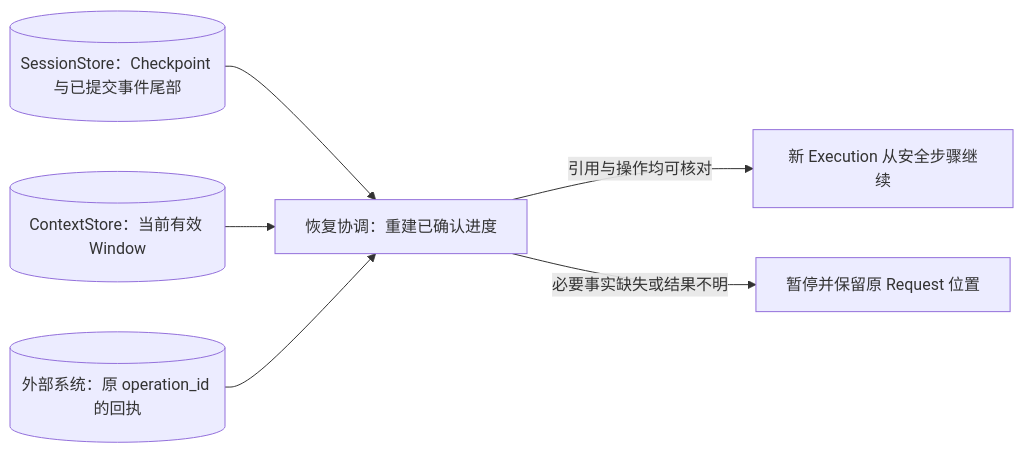
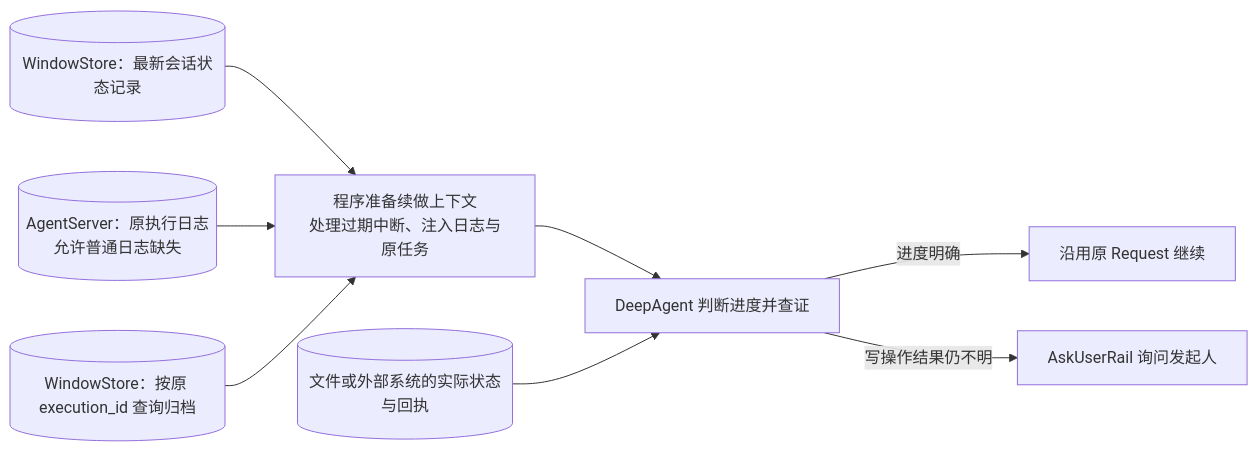
Before and after one commit to openJiuwen-ai/agent-core: the third of 3 diagrams in openjiuwen/harness/persistent_agent/docs/designs/persistent-agent-overview.md, drawn with Mermaid. The commit also changed other lines of this file and 26 other files, not shown here.

````diff
--- a/openjiuwen/harness/persistent_agent/docs/designs/persistent-agent-overview.md
+++ b/openjiuwen/harness/persistent_agent/docs/designs/persistent-agent-overview.md
@@ -155,8 +186,10 @@
 ```mermaid
 flowchart LR
-    S[(SessionStore：Checkpoint 与已提交事件尾部)] --> R["恢复协调：重建已确认进度"]
-    W[(ContextStore：当前有效 Window)] --> R
-    O[(外部系统：原 operation_id 的回执)] --> R
-    R -->|引用与操作均可核对| C["新 Execution 从安全步骤继续"]
-    R -->|必要事实缺失或结果不明| P["暂停并保留原 Request 位置"]
+    S[("WindowStore：最新会话状态记录")] --> P["程序准备续做上下文<br/>处理过期中断、注入日志与原任务"]
+    E[("AgentServer：原执行日志<br/>允许普通日志缺失")] --> P
+    A[("WindowStore：按原 execution_id 查询归档")] --> P
+    P --> R["DeepAgent 判断进度并查证"]
+    O[("文件或外部系统的实际状态与回执")] --> R
+    R -->|"进度明确"| C["沿用原 Request 继续"]
+    R -->|"写操作结果仍不明"| U["AskUserRail 询问发起人"]
 ```
````
